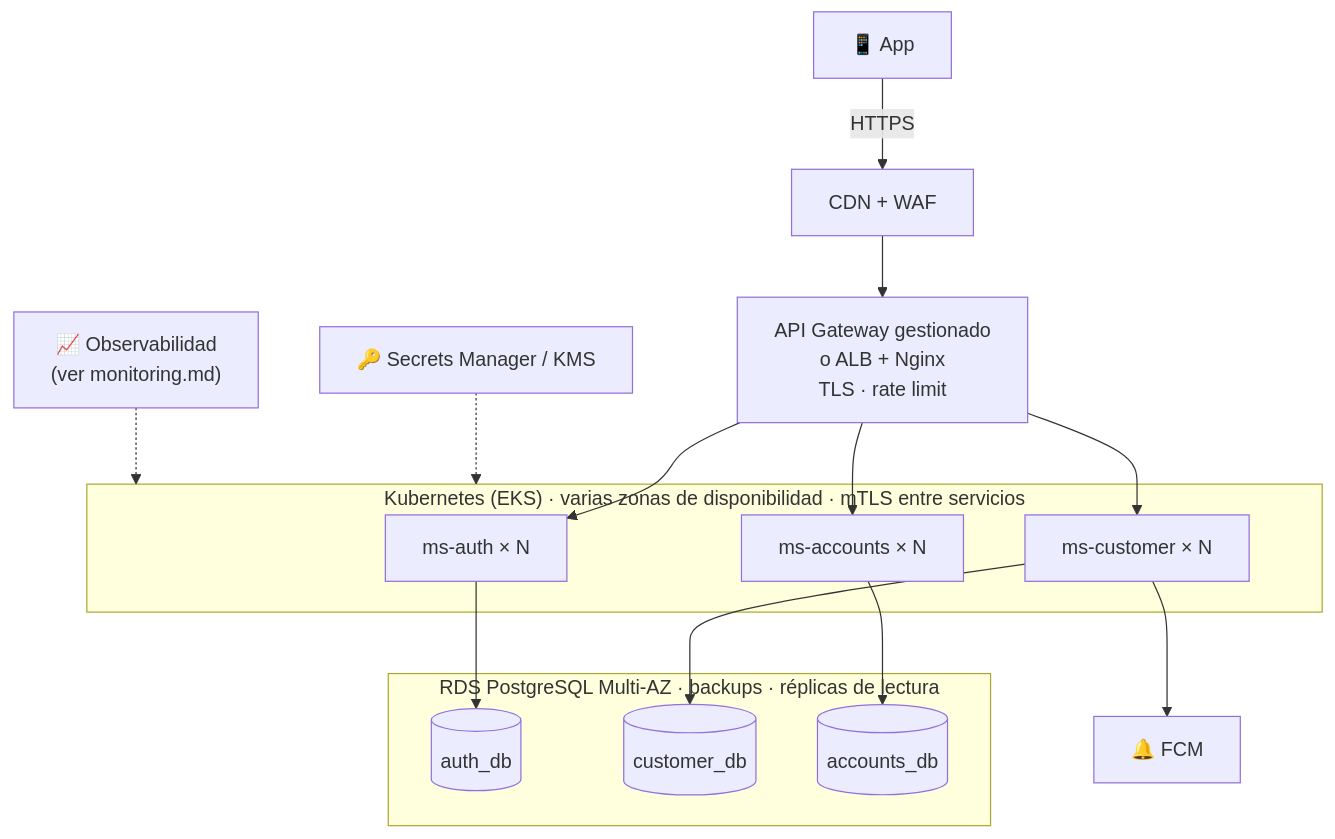
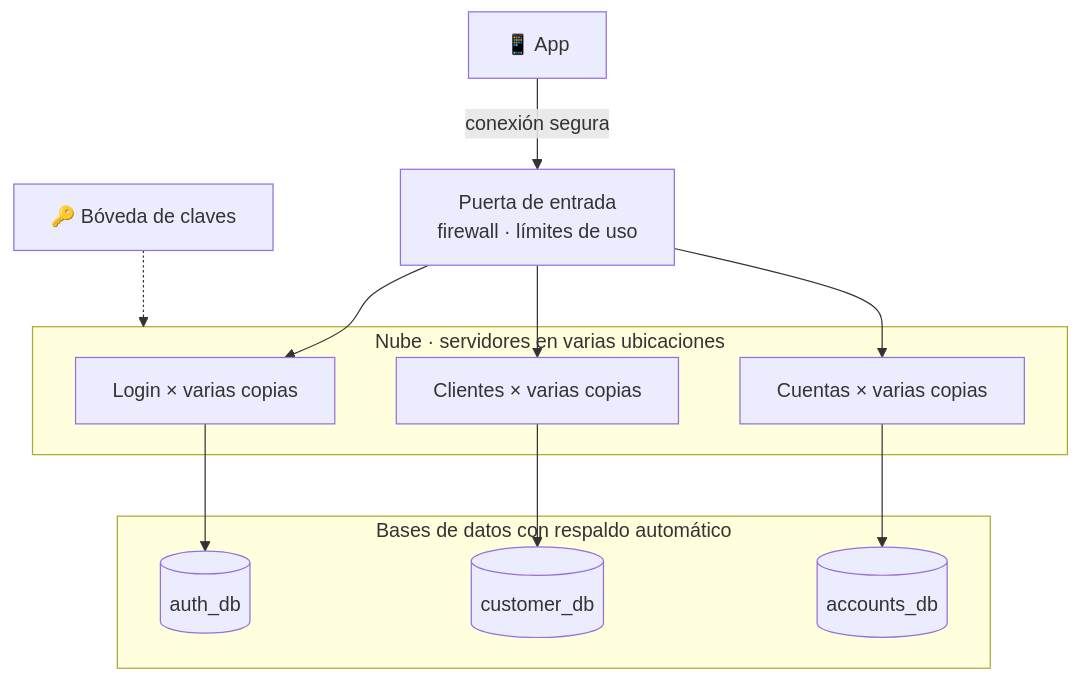
Before and after one commit to victoriacusme/app-backend: the diagram in docs/risks-and-scaling.md, drawn with Mermaid. The commit also changed other lines of this file and 6 other files, not shown here.

````diff
--- a/docs/risks-and-scaling.md
+++ b/docs/risks-and-scaling.md
@@ -84,27 +113,24 @@
 ```mermaid
 flowchart TB
-    app["📱 App"] -->|"HTTPS"| edge["CDN + WAF"]
-    edge --> gw["API Gateway gestionado<br/>o ALB + Nginx<br/>TLS · rate limit"]
+    app["📱 App"] -->|"conexión segura"| edge["Puerta de entrada<br/>firewall · límites de uso"]
 
-    subgraph k8s["Kubernetes (EKS) · varias zonas de disponibilidad · mTLS entre servicios"]
-        auth["ms-auth × N"]
-        cust["ms-customer × N"]
-        acc["ms-accounts × N"]
+    subgraph nube["Nube · servidores en varias ubicaciones"]
+        auth["Login × varias copias"]
+        cust["Clientes × varias copias"]
+        acc["Cuentas × varias copias"]
     end
 
-    gw --> auth & cust & acc
+    edge --> auth & cust & acc
 
-    subgraph rds["RDS PostgreSQL Multi-AZ · backups · réplicas de lectura"]
+    subgraph datos["Bases de datos con respaldo automático"]
         adb[("auth_db")]
         cdb[("customer_db")]
         accdb[("accounts_db")]
     end
 
     auth --> adb
     cust --> cdb
     acc --> accdb
 
-    secrets["🔑 Secrets Manager / KMS"] -.-> k8s
-    obs["📈 Observabilidad<br/>(ver monitoring.md)"] -.-> k8s
-    cust --> fcm["🔔 FCM"]
+    claves["🔑 Bóveda de claves"] -.-> nube
 ```
````
